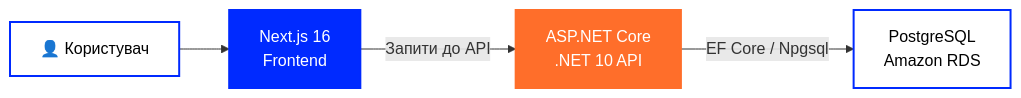
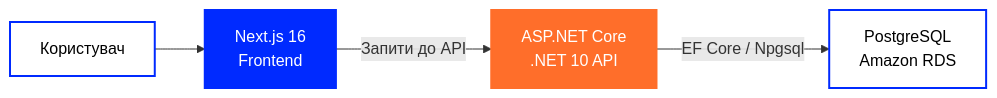
One commit to tr3ba/.github changed the first of 2 diagrams in README.uk.md. Above: the diagram before and after it, drawn with Mermaid. The commit also changed other lines of this file, not shown here.

````diff
--- a/README.uk.md
+++ b/README.uk.md
@@ -323,19 +323,19 @@
 ```mermaid
 flowchart LR
 
-    USER["👤 Користувач"]
+    USER["Користувач"]
     FRONT["Next.js 16<br/>Frontend"]
     API["ASP.NET Core<br/>.NET 10 API"]
     DB["PostgreSQL<br/>Amazon RDS"]
 
     USER --> FRONT
 
     FRONT -->|"Запити до API"| API
 
     API -->|"EF Core / Npgsql"| DB
 
     style USER fill:#ffffff,color:#000000,stroke:#002AFF,stroke-width:2px
     style FRONT fill:#002AFF,color:#ffffff,stroke:#002AFF,stroke-width:2px
     style API fill:#FF6E2A,color:#ffffff,stroke:#FF6E2A,stroke-width:2px
     style DB fill:#ffffff,color:#000000,stroke:#002AFF,stroke-width:2px
 ```
````
